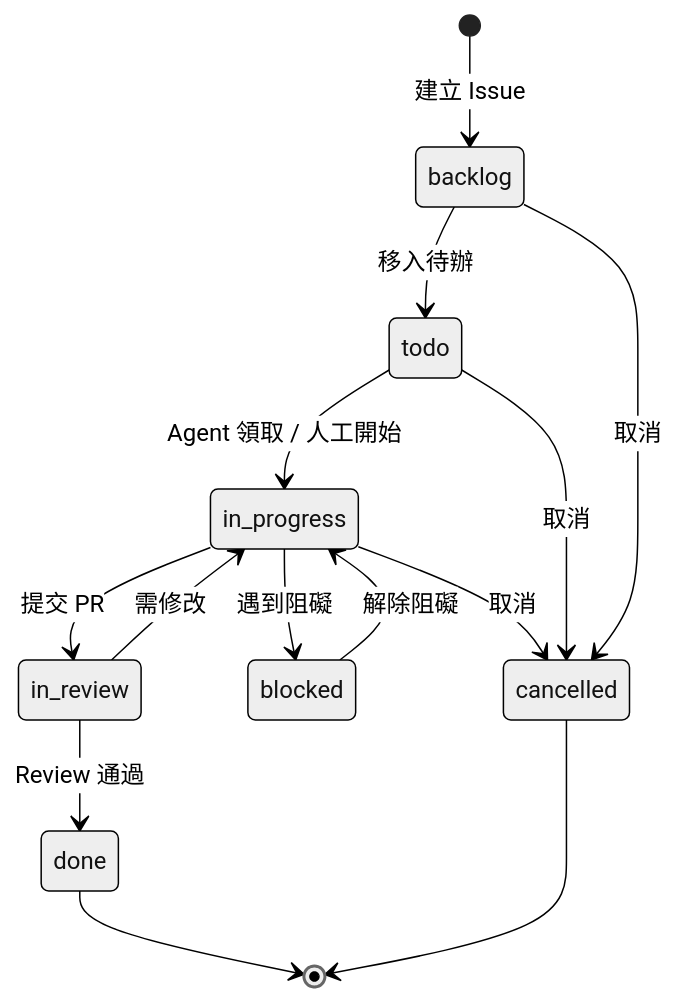
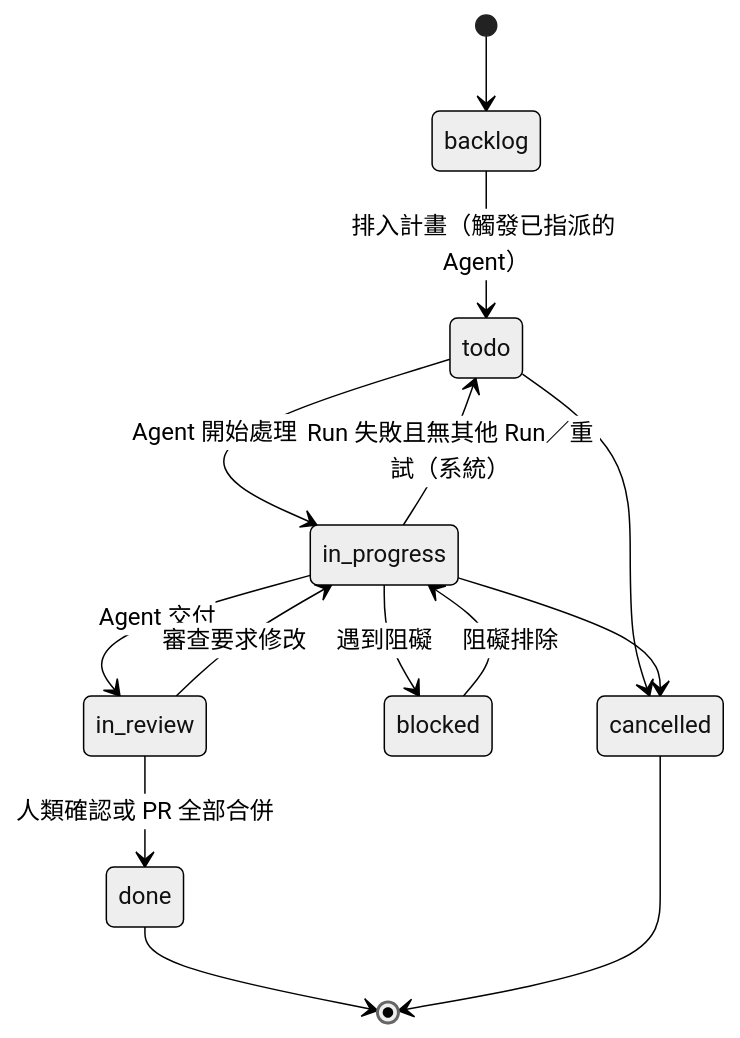
One commit to chihhung/Blog changed the sixth of 17 diagrams in content/posts/教學/AI開發/Multica 教學手冊.md. Above: the diagram before and after it, drawn with Mermaid (neutral theme). The commit also changed other lines of this file and 1 other file, not shown here.

````diff
--- a/content/posts/教學/AI開發/Multica 教學手冊.md
+++ b/content/posts/教學/AI開發/Multica 教學手冊.md
@@ -1112,16 +2140,16 @@
 ```mermaid
 stateDiagram-v2
-    [*] --> backlog : 建立 Issue
-    backlog --> todo : 移入待辦
-    todo --> in_progress : Agent 領取 / 人工開始
-    in_progress --> in_review : 提交 PR
-    in_review --> done : Review 通過
-    in_review --> in_progress : 需修改
-    in_progress --> blocked : 遇到阻礙
-    blocked --> in_progress : 解除阻礙
-    in_progress --> cancelled : 取消
-    todo --> cancelled : 取消
-    backlog --> cancelled : 取消
+    [*] --> backlog
+    backlog --> todo: 排入計畫（觸發已指派的 Agent）
+    todo --> in_progress: Agent 開始處理
+    in_progress --> in_review: Agent 交付
+    in_progress --> blocked: 遇到阻礙
+    blocked --> in_progress: 阻礙排除
+    in_review --> in_progress: 審查要求修改
+    in_review --> done: 人類確認或 PR 全部合併
+    in_progress --> todo: Run 失敗且無其他 Run／重試（系統）
+    todo --> cancelled
+    in_progress --> cancelled
     done --> [*]
     cancelled --> [*]
 ```
````
